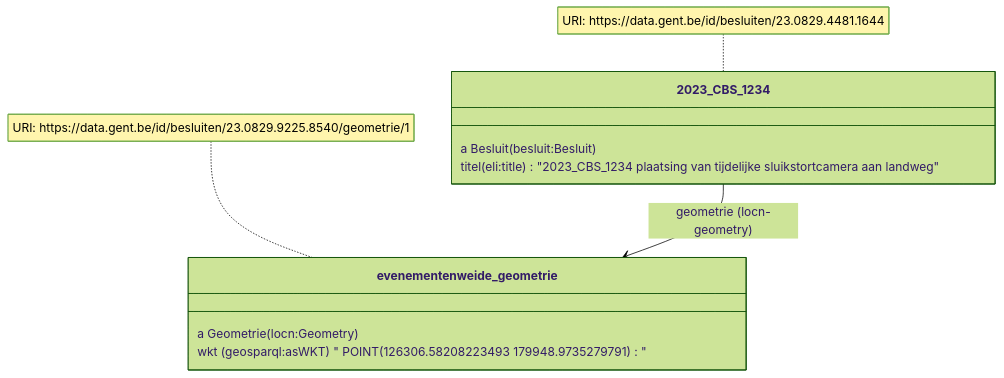
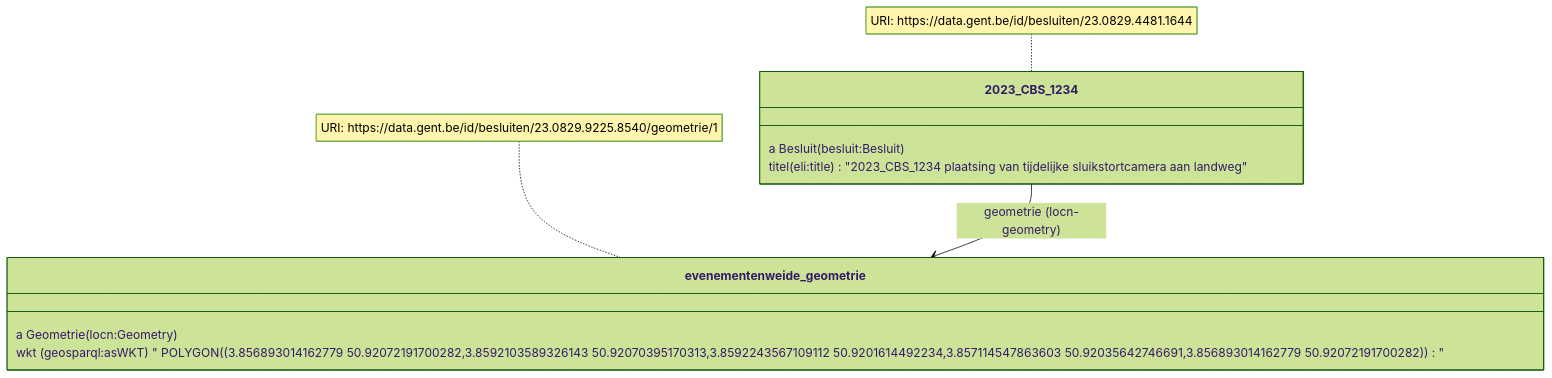
One commit to Informatievlaanderen/OSLOthema-slimmeRaadpleegOmgeving changed the fifth of 19 diagrams in README.md. Above: the diagram before and after it, drawn with Mermaid (forest theme). The commit also changed other lines of this file, not shown here.

Commit message:
Use polygon instead of point

````diff
--- a/README.md
+++ b/README.md
@@ -167,14 +168,14 @@
 ```mermaid
 classDiagram
     2023_CBS_1234 --> evenementenweide_geometrie: geometrie (locn-geometry)
     note for 2023_CBS_1234 "URI: https://data.gent.be/id/besluiten/23.0829.4481.1644"
     note for evenementenweide_geometrie "URI: https://data.gent.be/id/besluiten/23.0829.9225.8540/geometrie/1"
     class 2023_CBS_1234 {
       a Besluit (besluit:Besluit)
       titel (eli:title) "2023_CBS_1234 plaatsing van tijdelijke sluikstortcamera aan landweg"
     }
     class evenementenweide_geometrie {
       a Geometrie (locn:Geometry)
-      wkt (geosparql:asWKT) "<http://www.opengis.net/def/crs/EPSG/0/31370> POINT(126306.58208223493 179948.9735279791)"
+      wkt (geosparql:asWKT) "<http://www.opengis.net/def/crs/EPSG/0/31370> POLYGON((3.856893014162779 50.92072191700282,3.8592103589326143 50.92070395170313,3.8592243567109112 50.9201614492234,3.857114547863603 50.92035642746691,3.856893014162779 50.92072191700282))"
     }
 ```
````
